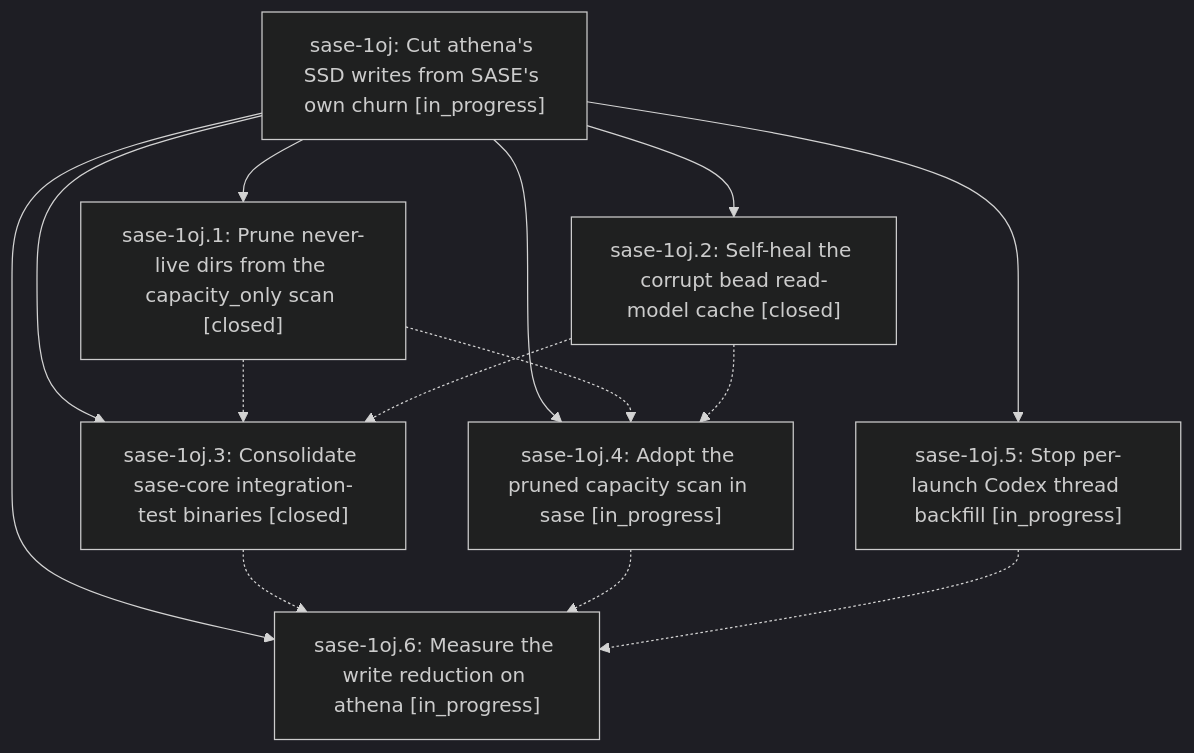
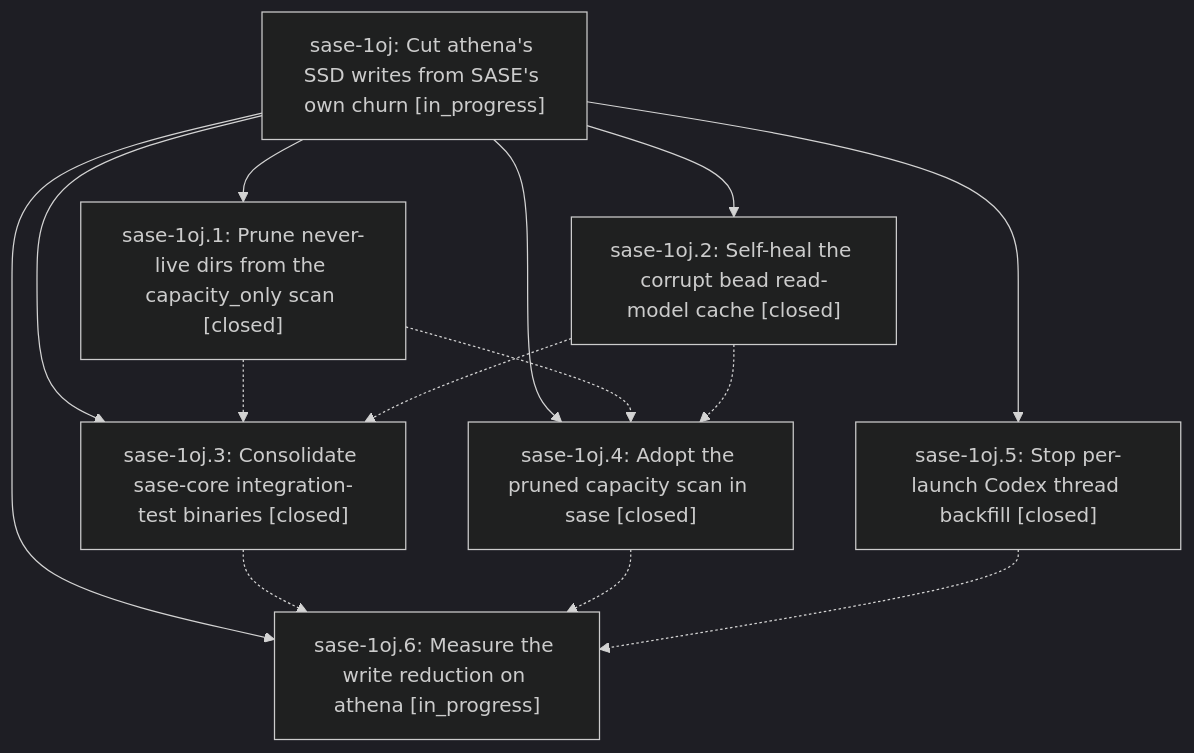
Before and after one commit to sase-org/sase--beads: the diagram in pages/sase-1oj/README.md, drawn with Mermaid (dark theme). The commit also changed other lines of this file and 5 other files, not shown here.

````diff
--- a/pages/sase-1oj/README.md
+++ b/pages/sase-1oj/README.md
@@ -41,23 +41,23 @@
 ```mermaid
 flowchart TD
     n0["sase-1oj: Cut athena's SSD writes from SASE's own churn [in_progress]"]
     n1["sase-1oj.1: Prune never-live dirs from the capacity_only scan [closed]"]
     n2["sase-1oj.2: Self-heal the corrupt bead read-model cache [closed]"]
     n3["sase-1oj.3: Consolidate sase-core integration-test binaries [closed]"]
-    n4["sase-1oj.4: Adopt the pruned capacity scan in sase [in_progress]"]
-    n5["sase-1oj.5: Stop per-launch Codex thread backfill [in_progress]"]
+    n4["sase-1oj.4: Adopt the pruned capacity scan in sase [closed]"]
+    n5["sase-1oj.5: Stop per-launch Codex thread backfill [closed]"]
     n6["sase-1oj.6: Measure the write reduction on athena [in_progress]"]
     n0 --> n1
     n0 --> n2
     n0 --> n3
     n0 --> n4
     n0 --> n5
     n0 --> n6
     n1 -.-> n3
     n1 -.-> n4
     n2 -.-> n3
     n2 -.-> n4
     n3 -.-> n6
     n4 -.-> n6
     n5 -.-> n6
 ```
````
